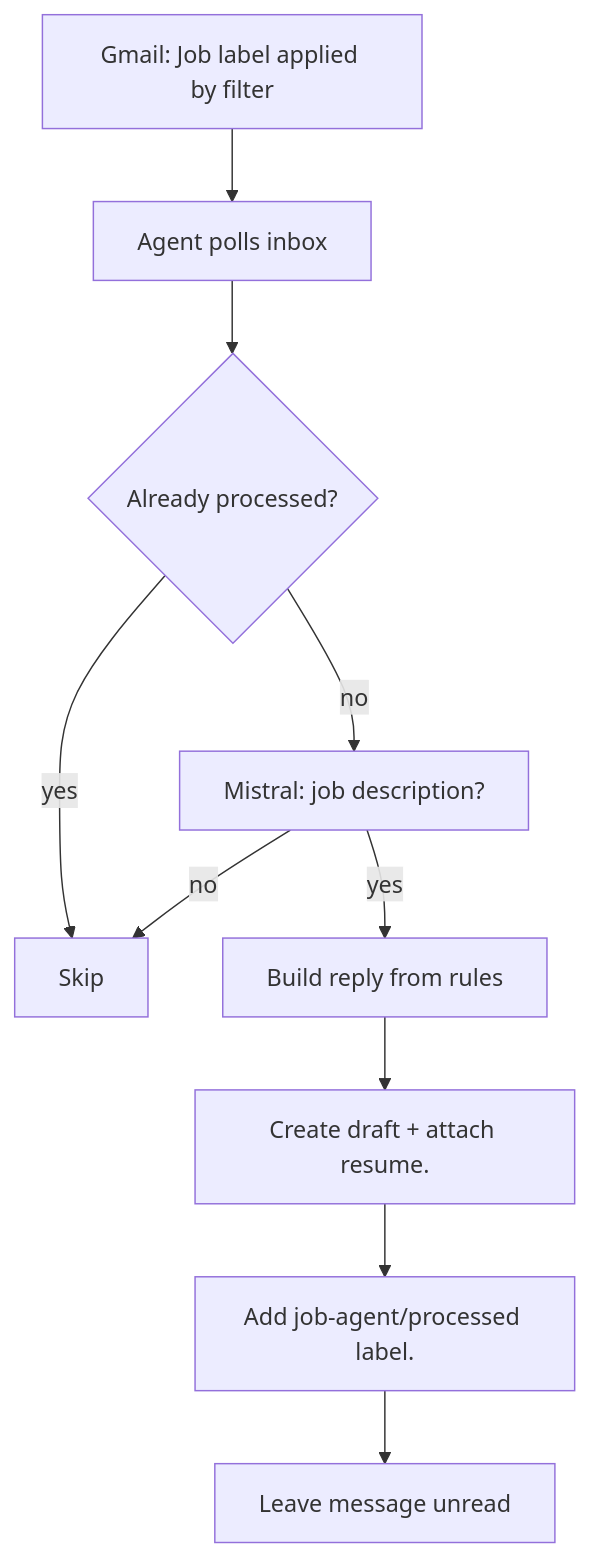
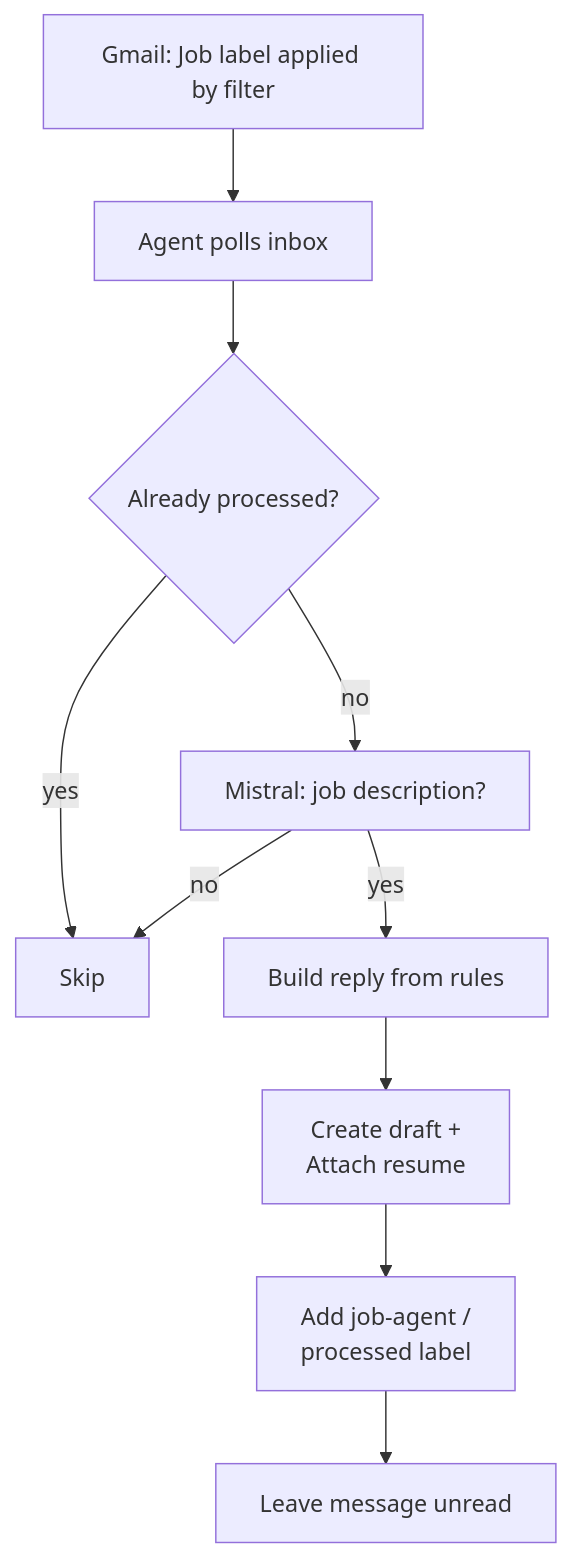
Before and after one commit to guyklages/docusaurus: the diagram in blog/2026-08-12-gmail-job-agent.md, drawn with Mermaid.

Commit message:
mermaid br

````diff
--- a/blog/2026-08-12-gmail-job-agent.md
+++ b/blog/2026-08-12-gmail-job-agent.md
@@ -97,12 +97,12 @@
 ```mermaid
 flowchart TD
     A[Gmail: Job label applied by filter] --> B[Agent polls inbox]
     B --> C{Already processed?}
     C -->|yes| Z[Skip]
     C -->|no| D[Mistral: job description?]
     D -->|no| Z
     D -->|yes| E[Build reply from rules]
-    E --> F[Create draft + attach resume. ]
-    F --> G[Add job-agent/processed label. ]
+    E --> F[Create draft + <br/> Attach resume]
+    F --> G[Add job-agent / <br/> processed label]
     G --> H[Leave message unread]
 ```
````
